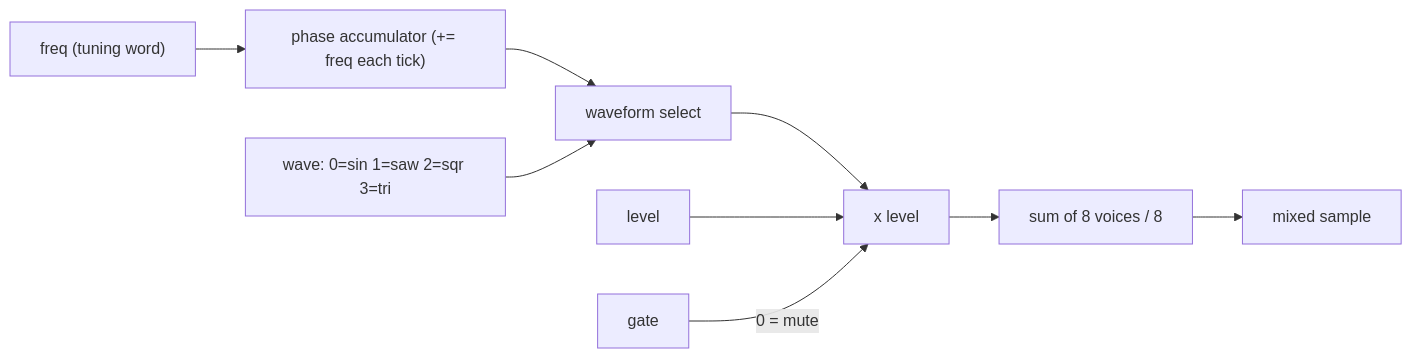
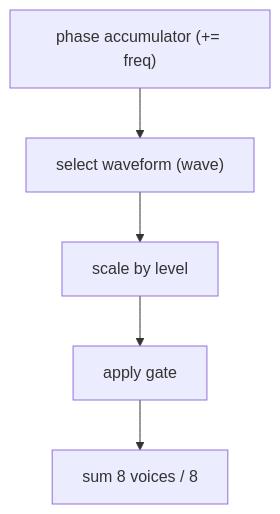
Before and after one commit to akielaries/signalmesh: the fourth of 6 diagrams in docs/acm-synth-architecture.md, drawn with Mermaid. The commit also changed other lines of this file and 17 other files, not shown here.

````diff
--- a/docs/acm-synth-architecture.md
+++ b/docs/acm-synth-architecture.md
@@ -154,11 +110,7 @@
 ```mermaid
-flowchart LR
-    FREQ["freq (tuning word)"] --> ACC["phase accumulator (+= freq each tick)"]
-    ACC --> SEL["waveform select"]
-    WAVE["wave: 0=sin 1=saw 2=sqr 3=tri"] --> SEL
-    SEL --> SCALE["x level"]
-    LEVEL["level"] --> SCALE
-    GATE["gate"] -->|"0 = mute"| SCALE
-    SCALE --> SUM["sum of 8 voices / 8"]
-    SUM --> OUT["mixed sample"]
+flowchart TD
+    ACC["phase accumulator (+= freq)"] --> SEL["select waveform (wave)"]
+    SEL --> SCALE["scale by level"]
+    SCALE --> GATE["apply gate"]
+    GATE --> MIX["sum 8 voices / 8"]
 ```
````
